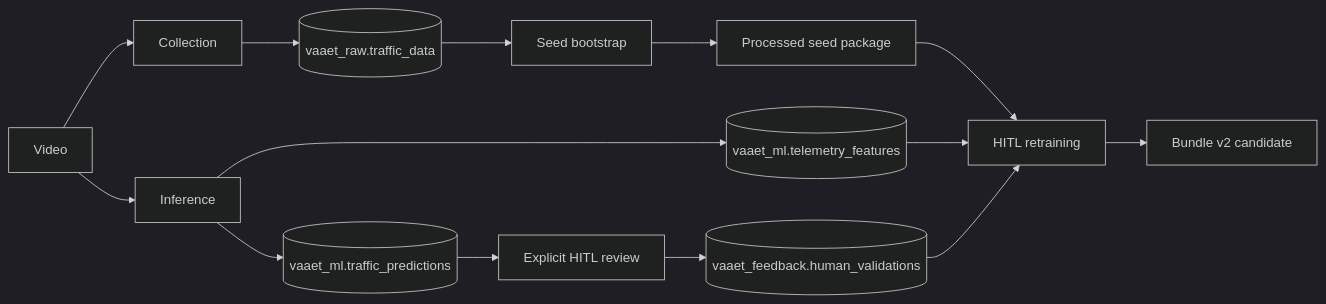
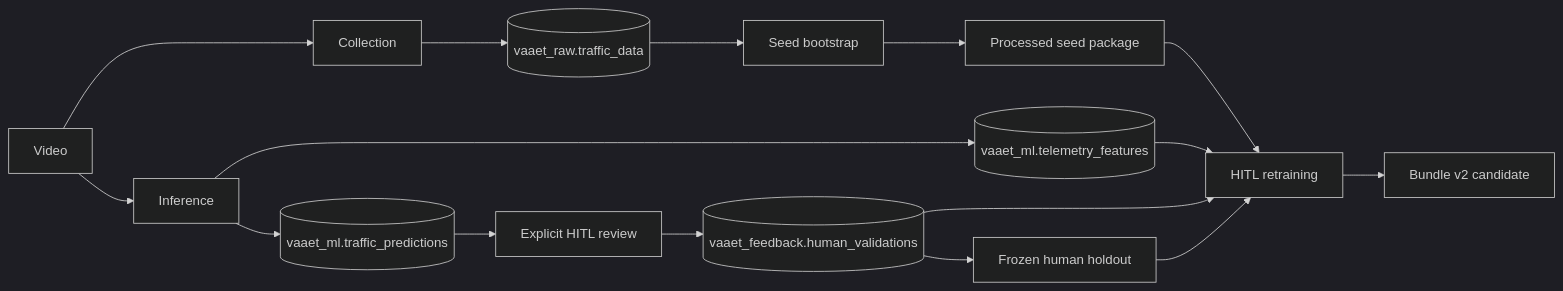
One commit to aka-titesen/vaaet changed the diagram in docs/architecture/data-lineage.md. Above: the diagram before and after it, drawn with Mermaid (dark theme). The commit also changed other lines of this file and 40 other files, not shown here.

First line of the commit message:
feat: Implement versioned frozen human holdouts for HITL training

````diff
--- a/docs/architecture/data-lineage.md
+++ b/docs/architecture/data-lineage.md
@@ -5,16 +5,18 @@
 ```mermaid
 flowchart LR
     V["Video"] --> C["Collection"]
     C --> R[("vaaet_raw.traffic_data")]
     V --> I["Inference"]
     I --> F[("vaaet_ml.telemetry_features")]
     I --> P[("vaaet_ml.traffic_predictions")]
     P --> Q["Explicit HITL review"]
     Q --> H[("vaaet_feedback.human_validations")]
     R --> S["Seed bootstrap"]
     S --> SP["Processed seed package"]
     SP --> T["HITL retraining"]
     F --> T
     H --> T
+    H --> HO["Frozen human holdout"]
+    HO --> T
     T --> B["Bundle v2 candidate"]
 ```
````
